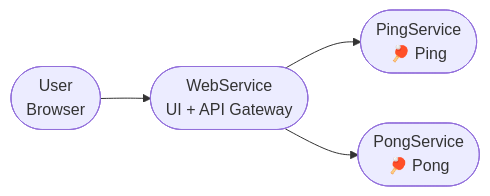
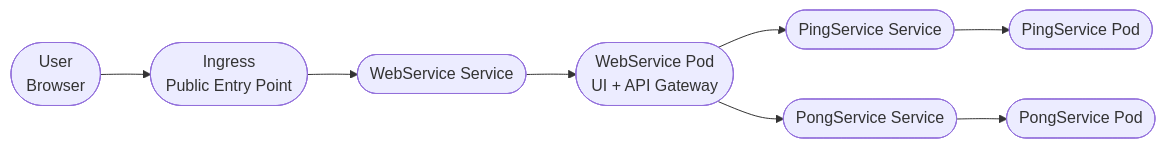
One commit to FabioRNobrega/go-gin-example changed the second of 2 diagrams in README.md. Above: the diagram before and after it, drawn with Mermaid. The commit also changed other lines of this file and 2 other files, not shown here.

Commit message:
docs(azure): add guides and diagrams

````diff
--- a/README.md
+++ b/README.md
@@ -79,11 +114,16 @@
 ```mermaid
+
 flowchart LR
     user([User<br/>Browser])
-    web([WebService<br/>UI + API Gateway])
-    ping([PingService<br/>🏓 Ping])
-    pong([PongService<br/>🏓 Pong])
+    ingress([Ingress<br/>Public Entry Point])
+    websvc([WebService Service])
+    webpod([WebService Pod<br/>UI + API Gateway])
+    pingsvc([PingService Service])
+    pingpod([PingService Pod])
+    pongsvc([PongService Service])
+    pongpod([PongService Pod])
 
-    user --> web
-    web --> ping
-    web --> pong
-```
+    user --> ingress --> websvc --> webpod
+    webpod --> pingsvc --> pingpod
+    webpod --> pongsvc --> pongpod
+``` 
````
